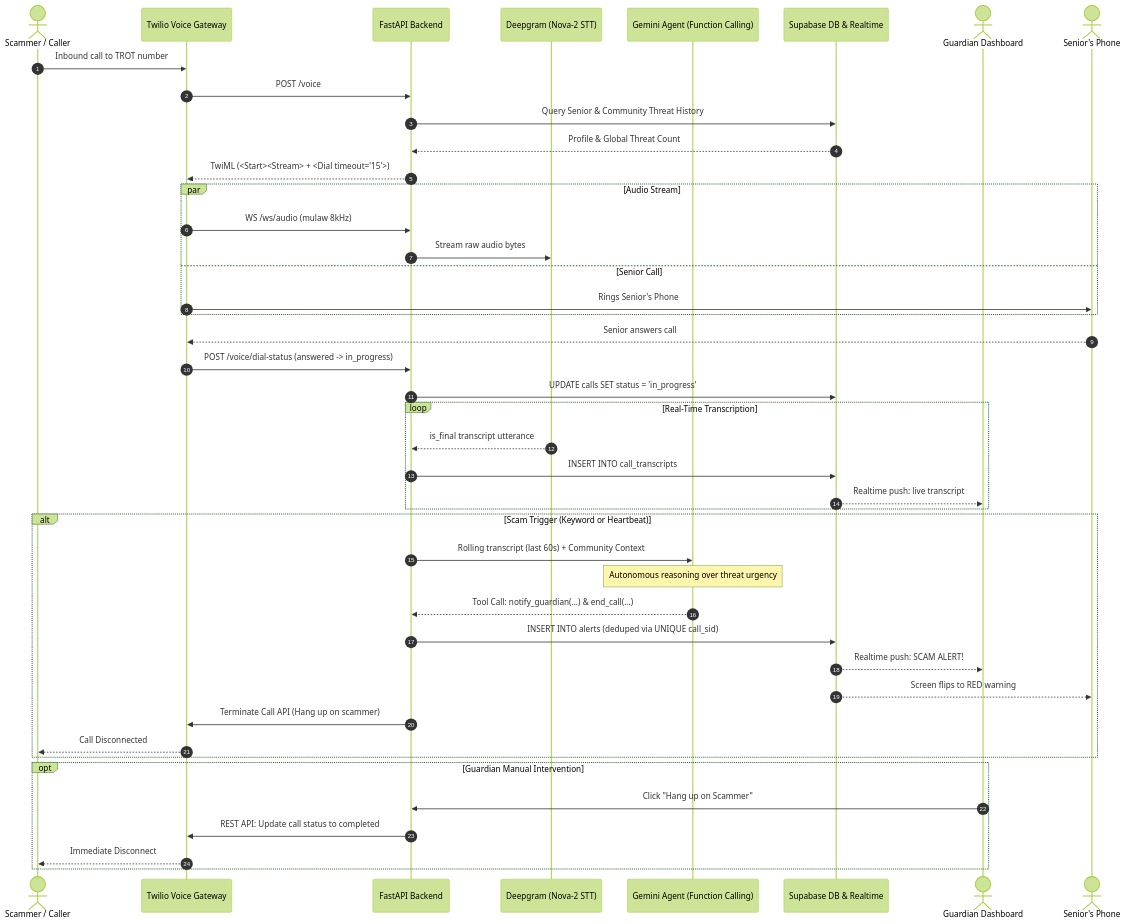
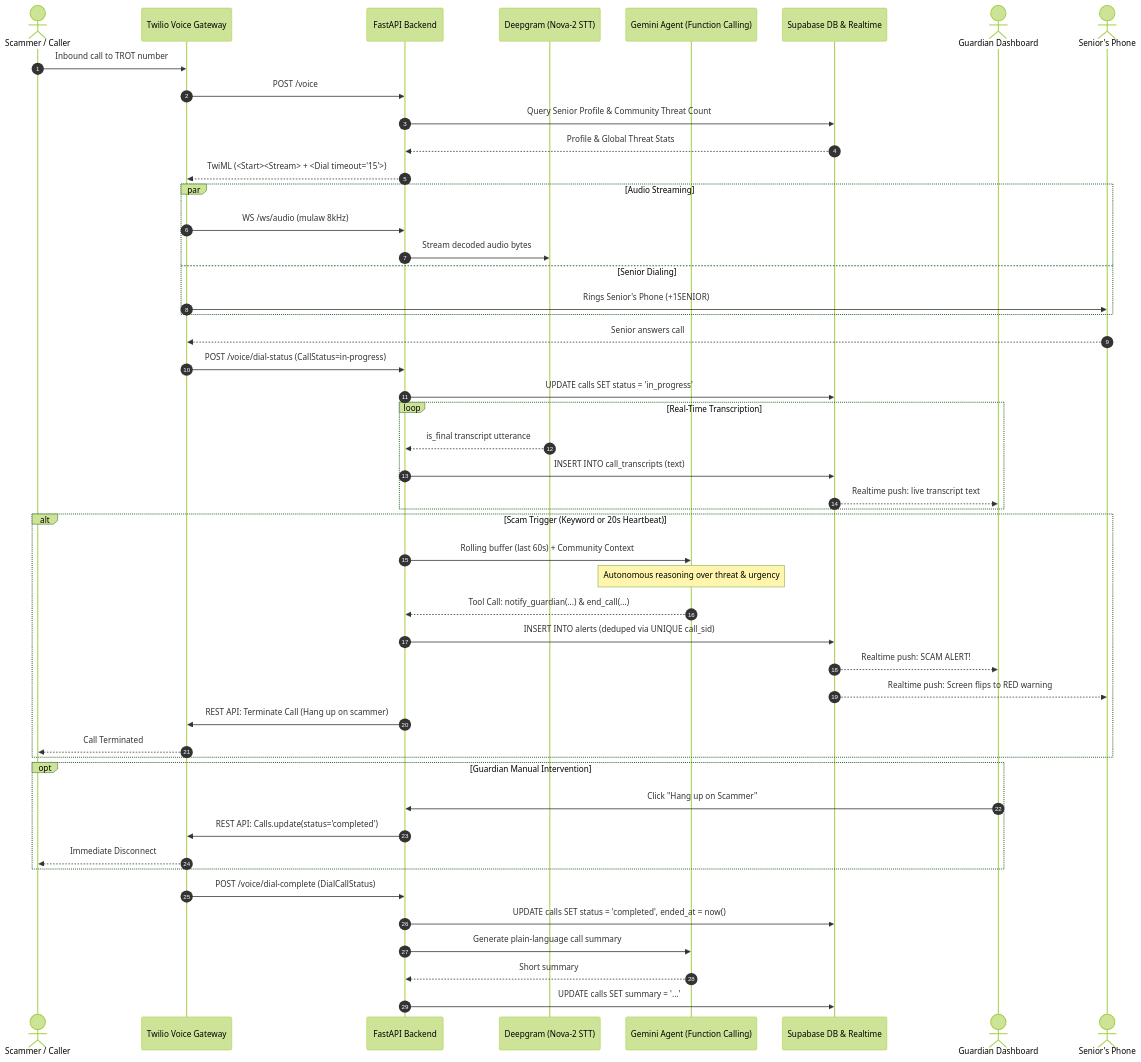
Before and after one commit to isabelhelena/TROT: the diagram in docs/comprehensive_system_plan.md, drawn with Mermaid (forest theme). The commit also changed other lines of this file, not shown here.

````diff
--- a/docs/comprehensive_system_plan.md
+++ b/docs/comprehensive_system_plan.md
@@ -24,52 +24,58 @@
 ```mermaid
 sequenceDiagram
     autonumber
     actor Scammer as Scammer / Caller
     participant Twilio as Twilio Voice Gateway
     participant FastAPI as FastAPI Backend
     participant Deepgram as Deepgram (Nova-2 STT)
     participant Gemini as Gemini Agent (Function Calling)
     participant Supabase as Supabase DB & Realtime
     actor Guardian as Guardian Dashboard
     actor Senior as Senior's Phone
 
     Scammer->>Twilio: Inbound call to TROT number
     Twilio->>FastAPI: POST /voice
-    FastAPI->>Supabase: Query Senior & Community Threat History
-    Supabase-->>FastAPI: Profile & Global Threat Count
+    FastAPI->>Supabase: Query Senior Profile & Community Threat Count
+    Supabase-->>FastAPI: Profile & Global Threat Stats
     FastAPI-->>Twilio: TwiML (<Start><Stream> + <Dial timeout="15">)
 
-    par Audio Stream
+    par Audio Streaming
         Twilio->>FastAPI: WS /ws/audio (mulaw 8kHz)
-        FastAPI->>Deepgram: Stream raw audio bytes
-    and Senior Call
-        Twilio->>Senior: Rings Senior's Phone
+        FastAPI->>Deepgram: Stream decoded audio bytes
+    and Senior Dialing
+        Twilio->>Senior: Rings Senior's Phone (+1SENIOR)
     end
 
     Senior-->>Twilio: Senior answers call
-    Twilio->>FastAPI: POST /voice/dial-status (answered -> in_progress)
+    Twilio->>FastAPI: POST /voice/dial-status (CallStatus=in-progress)
     FastAPI->>Supabase: UPDATE calls SET status = 'in_progress'
 
     loop Real-Time Transcription
         Deepgram-->>FastAPI: is_final transcript utterance
-        FastAPI->>Supabase: INSERT INTO call_transcripts
-        Supabase-->>Guardian: Realtime push: live transcript
+        FastAPI->>Supabase: INSERT INTO call_transcripts (text)
+        Supabase-->>Guardian: Realtime push: live transcript text
     end
 
-    alt Scam Trigger (Keyword or Heartbeat)
-        FastAPI->>Gemini: Rolling transcript (last 60s) + Community Context
-        Note over Gemini: Autonomous reasoning over threat urgency
+    alt Scam Trigger (Keyword or 20s Heartbeat)
+        FastAPI->>Gemini: Rolling buffer (last 60s) + Community Context
+        Note over Gemini: Autonomous reasoning over threat & urgency
         Gemini-->>FastAPI: Tool Call: notify_guardian(...) & end_call(...)
         FastAPI->>Supabase: INSERT INTO alerts (deduped via UNIQUE call_sid)
         Supabase-->>Guardian: Realtime push: SCAM ALERT!
-        Supabase-->>Senior: Screen flips to RED warning
-        FastAPI->>Twilio: Terminate Call API (Hang up on scammer)
-        Twilio-->>Scammer: Call Disconnected
+        Supabase-->>Senior: Realtime push: Screen flips to RED warning
+        FastAPI->>Twilio: REST API: Terminate Call (Hang up on scammer)
+        Twilio-->>Scammer: Call Terminated
     end
 
     opt Guardian Manual Intervention
         Guardian->>FastAPI: Click "Hang up on Scammer"
-        FastAPI->>Twilio: REST API: Update call status to completed
+        FastAPI->>Twilio: REST API: Calls.update(status='completed')
         Twilio-->>Scammer: Immediate Disconnect
     end
+
+    Twilio->>FastAPI: POST /voice/dial-complete (DialCallStatus)
+    FastAPI->>Supabase: UPDATE calls SET status = 'completed', ended_at = now()
+    FastAPI->>Gemini: Generate plain-language call summary
+    Gemini-->>FastAPI: Short summary
+    FastAPI->>Supabase: UPDATE calls SET summary = '...'
 ```
````
